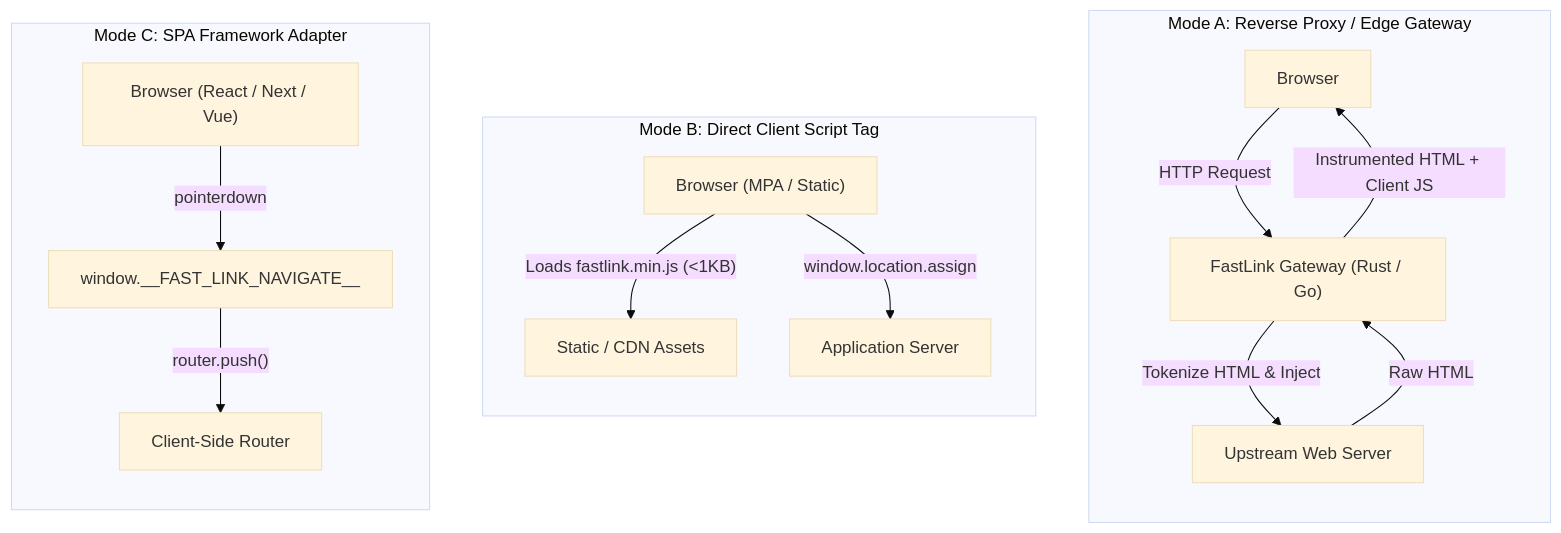
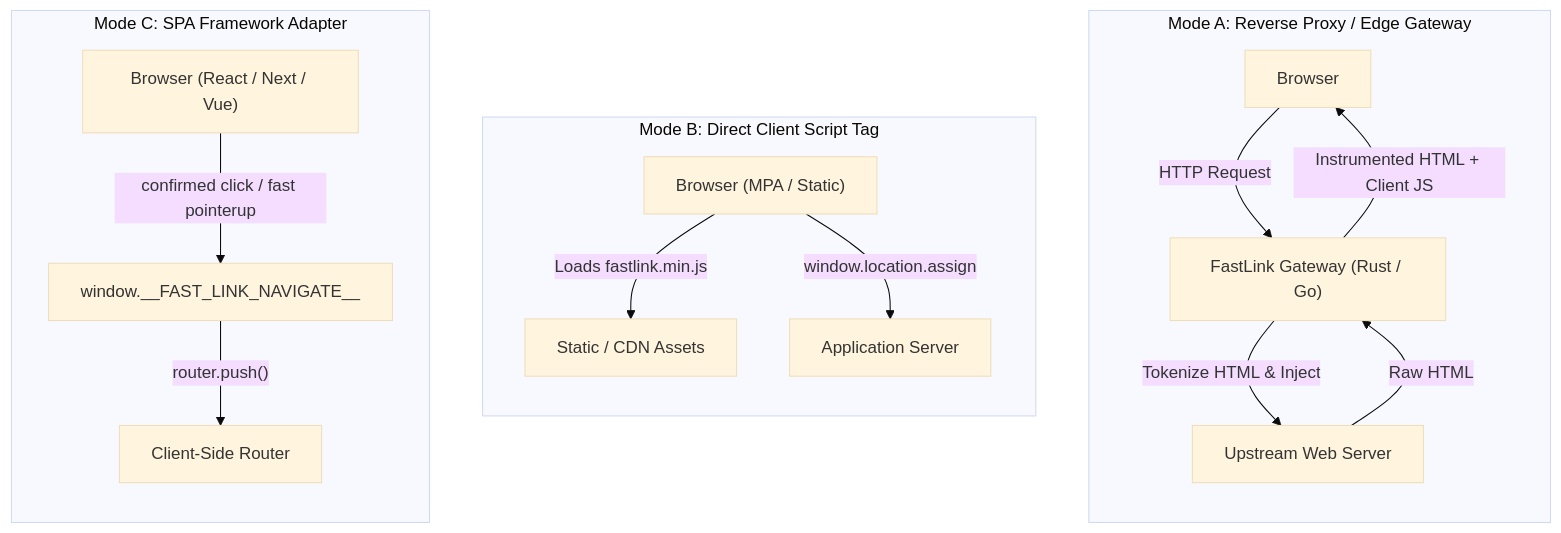
One commit to imMamdouhaboammar/fast-link changed the diagram in skills/fast-link/references/architecture.md. Above: the diagram before and after it, drawn with Mermaid (base theme). The commit also changed other lines of this file and 41 other files, not shown here.

````diff
--- a/skills/fast-link/references/architecture.md
+++ b/skills/fast-link/references/architecture.md
@@ -11,22 +11,22 @@
 ```mermaid
 flowchart TD
     subgraph ModeA ["Mode A: Reverse Proxy / Edge Gateway"]
         direction TB
         ClientA["Browser"] -->|"HTTP Request"| Proxy["FastLink Gateway (Rust / Go)"]
         Proxy -->|"Tokenize HTML & Inject"| Upstream["Upstream Web Server"]
         Upstream -->|"Raw HTML"| Proxy
         Proxy -->|"Instrumented HTML + Client JS"| ClientA
     end
 
     subgraph ModeB ["Mode B: Direct Client Script Tag"]
         direction TB
-        ClientB["Browser (MPA / Static)"] -->|"Loads fastlink.min.js (<1KB)"| CDN["Static / CDN Assets"]
+        ClientB["Browser (MPA / Static)"] -->|"Loads fastlink.min.js"| CDN["Static / CDN Assets"]
         ClientB -->|"window.location.assign"| ServerB["Application Server"]
     end
 
     subgraph ModeC ["Mode C: SPA Framework Adapter"]
         direction TB
-        ClientC["Browser (React / Next / Vue)"] -->|"pointerdown"| Hook["window.__FAST_LINK_NAVIGATE__"]
+        ClientC["Browser (React / Next / Vue)"] -->|"confirmed click / fast pointerup"| Hook["window.__FAST_LINK_NAVIGATE__"]
         Hook -->|"router.push()"| AppRouter["Client-Side Router"]
     end
 ```
````
